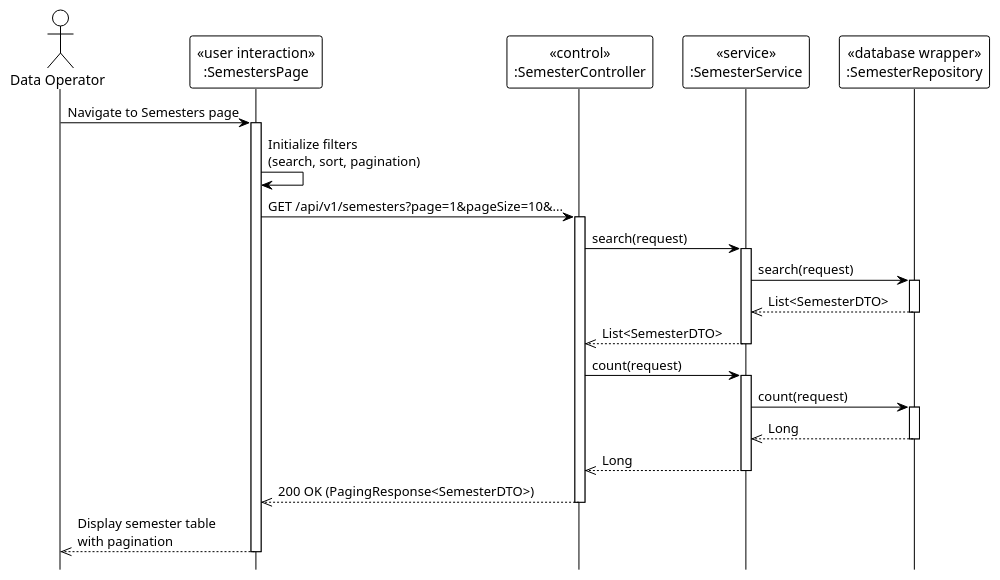
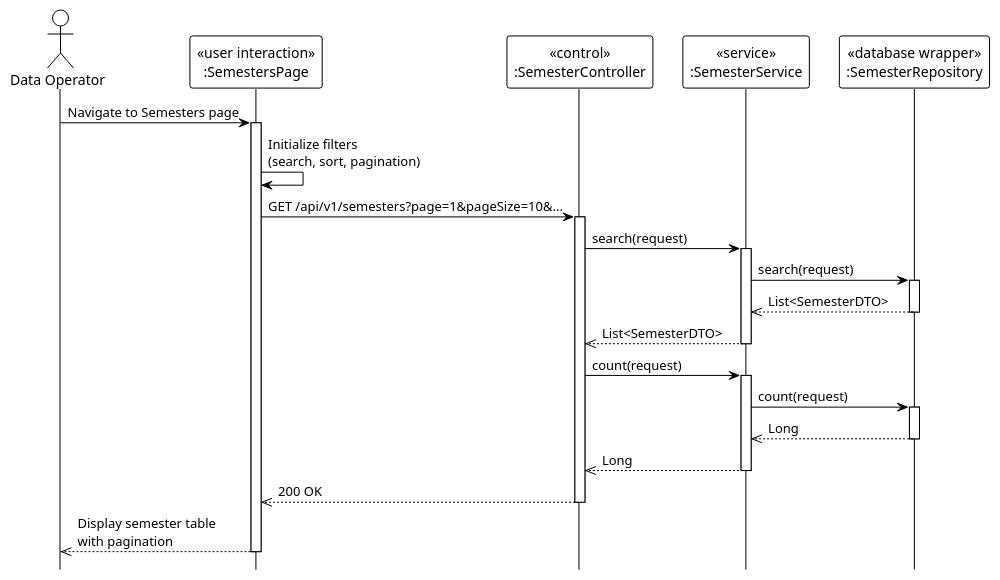
One commit to Ndh474/context changed the diagram in system_detailed_design/05_view_list_semester/sequence_diagram_view_list_semester.puml. Above: the diagram before and after it, drawn with PlantUML. The commit also changed 6 other files, not shown here.

Commit message:
docs(system_detailed_design): add UML stereotypes to major sequence diagrams

```diff
--- a/system_detailed_design/05_view_list_semester/sequence_diagram_view_list_semester.puml
+++ b/system_detailed_design/05_view_list_semester/sequence_diagram_view_list_semester.puml
@@ -1,49 +1,49 @@
 @startuml view_list_semester
 !theme plain
 hide footbox
 
 actor "Data Operator" as DataOperator
 
 participant "«user interaction»\n:SemestersPage" as UI
 participant "«control»\n:SemesterController" as Controller
 participant "«service»\n:SemesterService" as Service
 participant "«database wrapper»\n:SemesterRepository" as Repository
 
 ' === MAIN FLOW ===
 DataOperator -> UI: Navigate to Semesters page
 activate UI
 
 UI -> UI: Initialize filters\n(search, sort, pagination)
 
 UI -> Controller: GET /api/v1/semesters?page=1&pageSize=10&...
 activate Controller
 
 Controller -> Service: search(request)
 activate Service
 
 Service -> Repository: search(request)
 activate Repository
 Repository -->> Service: List<SemesterDTO>
 deactivate Repository
 
 Service -->> Controller: List<SemesterDTO>
 deactivate Service
 
 Controller -> Service: count(request)
 activate Service
 
 Service -> Repository: count(request)
 activate Repository
 Repository -->> Service: Long
 deactivate Repository
 
 Service -->> Controller: Long
 deactivate Service
 
-Controller -->> UI: 200 OK (PagingResponse<SemesterDTO>)
+Controller -->> UI: 200 OK
 deactivate Controller
 
 UI -->> DataOperator: Display semester table\nwith pagination
 deactivate UI
 
 @enduml
```
